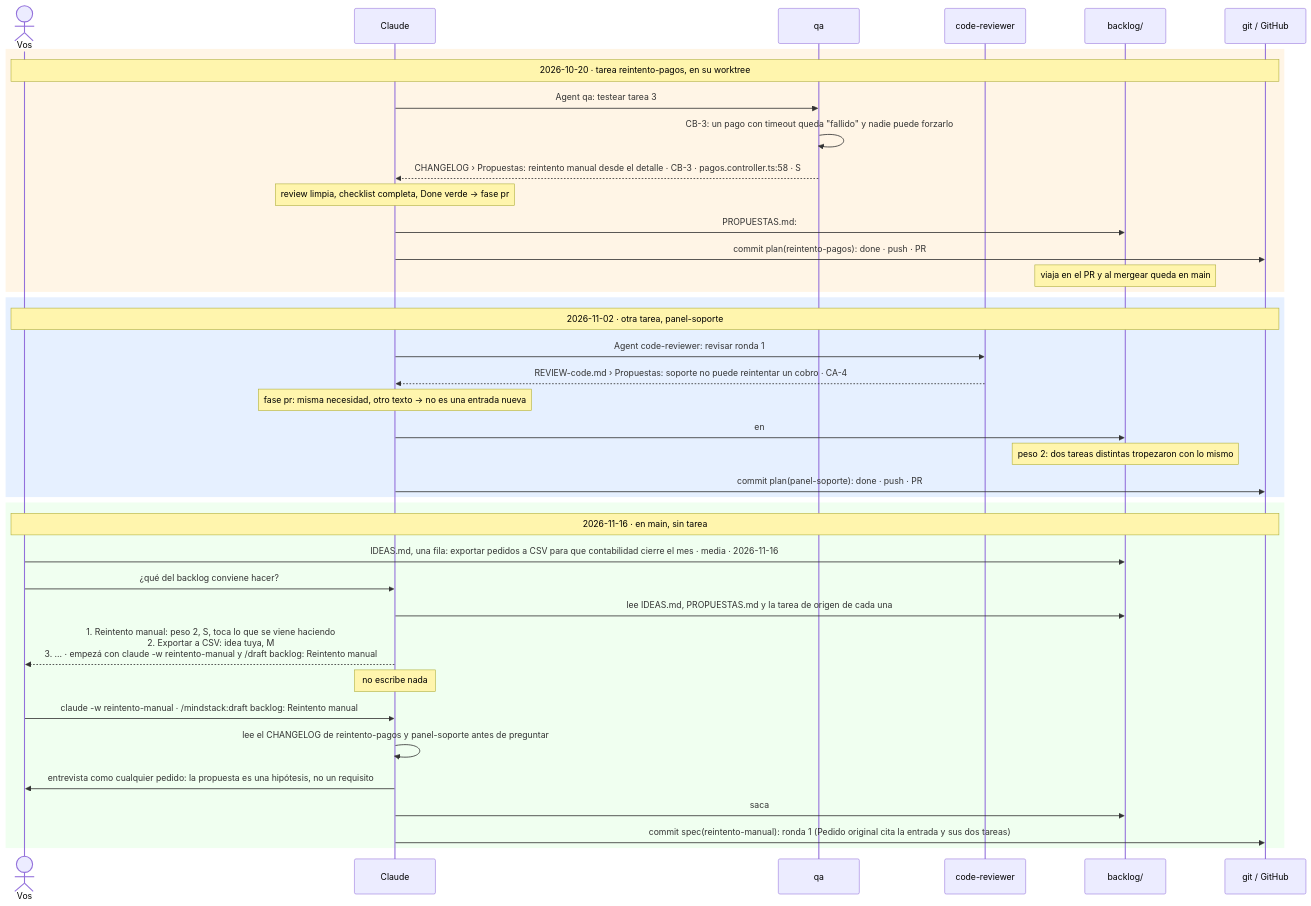
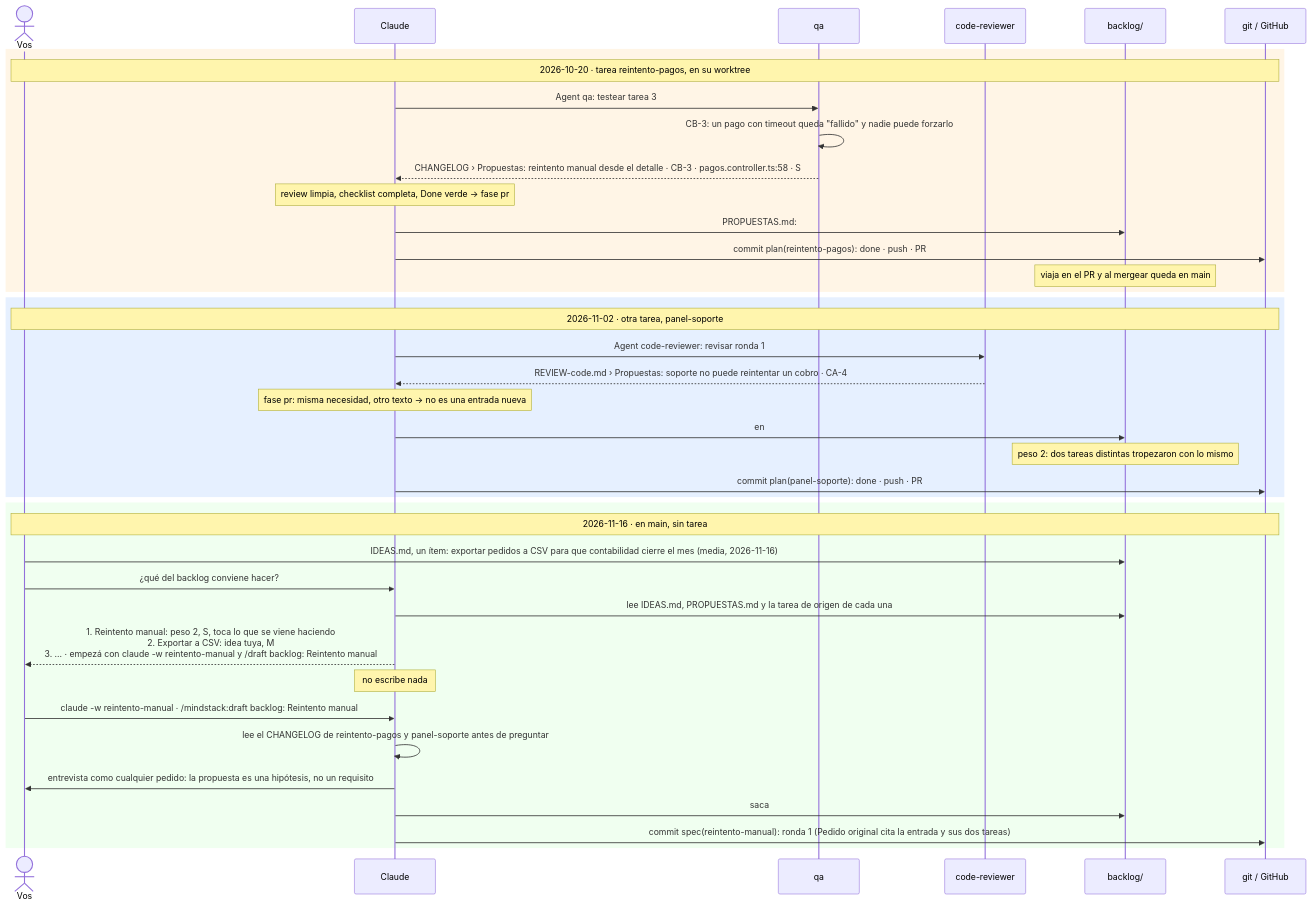
Before and after one commit to octavio-parozlabs/mindstack: the diagram in use-cases/07-backlog.md, drawn with Mermaid. The commit also changed 4 other files, not shown here.

````diff
--- a/use-cases/07-backlog.md
+++ b/use-cases/07-backlog.md
@@ -5,44 +5,44 @@
 ```mermaid
 sequenceDiagram
     actor U as Vos
     participant C as Claude
     participant Q as qa
     participant R as code-reviewer
     participant B as backlog/
     participant G as git / GitHub
 
     rect rgb(255, 245, 230)
     Note over U,G: 2026-10-20 · tarea reintento-pagos, en su worktree
     C->>Q: Agent qa: testear tarea 3
     Q->>Q: CB-3: un pago con timeout queda "fallido" y nadie puede forzarlo
     Q-->>C: CHANGELOG › Propuestas: reintento manual desde el detalle · CB-3 · pagos.controller.ts:58 · S
     Note over C: review limpia, checklist completa, Done verde → fase pr
     C->>B: PROPUESTAS.md: ## Reintento manual (2026-10-20 · qa · reintento-pagos, CB-3)
     C->>G: commit plan(reintento-pagos): done · push · PR
     Note over B: viaja en el PR y al mergear queda en main
     end
 
     rect rgb(230, 240, 255)
     Note over U,G: 2026-11-02 · otra tarea, panel-soporte
     C->>R: Agent code-reviewer: revisar ronda 1
     R-->>C: REVIEW-code.md › Propuestas: soporte no puede reintentar un cobro · CA-4
     Note over C: fase pr: misma necesidad, otro texto → no es una entrada nueva
     C->>B: en ## Reintento manual: Visto también 2026-11-02 · code-reviewer · panel-soporte, CA-4
     Note over B: peso 2: dos tareas distintas tropezaron con lo mismo
     C->>G: commit plan(panel-soporte): done · push · PR
     end
 
     rect rgb(240, 255, 240)
     Note over U,G: 2026-11-16 · en main, sin tarea
-    U->>B: IDEAS.md, una fila: exportar pedidos a CSV para que contabilidad cierre el mes · media · 2026-11-16
+    U->>B: IDEAS.md, un ítem: exportar pedidos a CSV para que contabilidad cierre el mes (media, 2026-11-16)
     U->>C: ¿qué del backlog conviene hacer?
     C->>B: lee IDEAS.md, PROPUESTAS.md y la tarea de origen de cada una
     C-->>U: 1. Reintento manual: peso 2, S, toca lo que se viene haciendo<br/>2. Exportar a CSV: idea tuya, M<br/>3. ... · empezá con claude -w reintento-manual y /draft backlog: Reintento manual
     Note over C: no escribe nada
     U->>C: claude -w reintento-manual · /mindstack:draft backlog: Reintento manual
     C->>C: lee el CHANGELOG de reintento-pagos y panel-soporte antes de preguntar
     C->>U: entrevista como cualquier pedido: la propuesta es una hipótesis, no un requisito
     C->>B: saca ## Reintento manual de PROPUESTAS.md
     C->>G: commit spec(reintento-manual): ronda 1 (Pedido original cita la entrada y sus dos tareas)
     end
 ```
````
